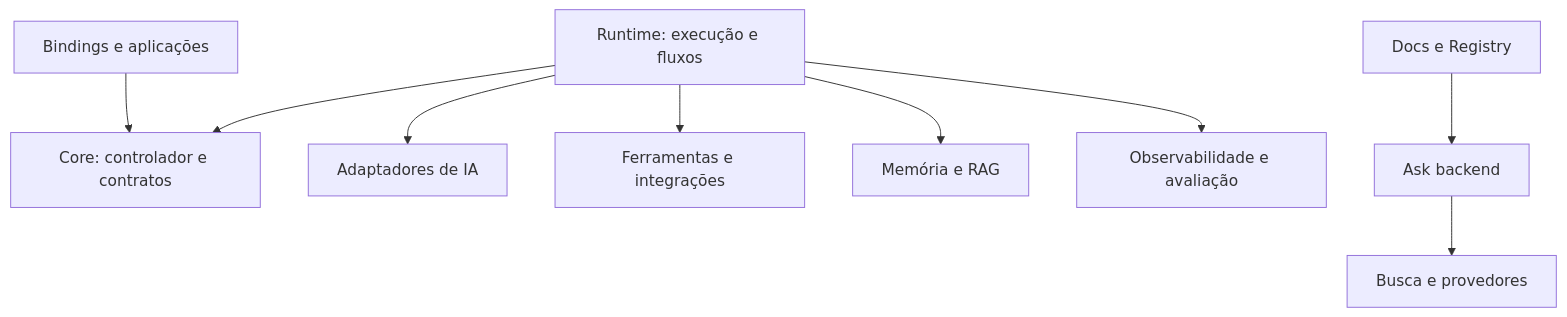
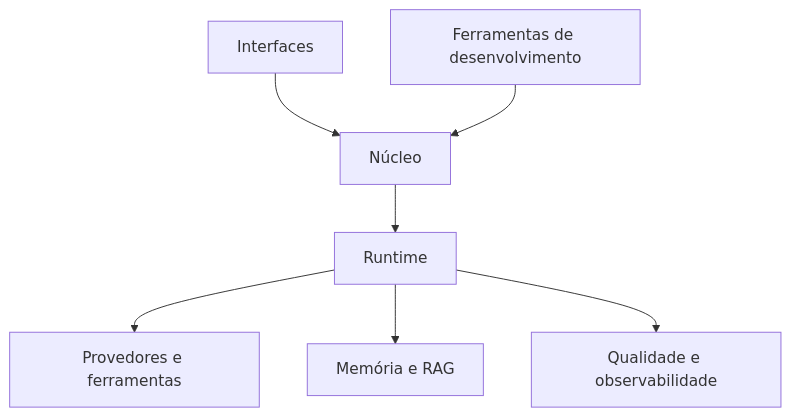
One commit to AgentsKit-io/agentskit changed the diagram in .brain/repos/agentskit/00 Hub - agentskit.md. Above: the diagram before and after it, drawn with Mermaid. The commit also changed other lines of this file and 109 other files, not shown here.

````diff
--- a/.brain/repos/agentskit/00 Hub - agentskit.md
+++ b/.brain/repos/agentskit/00 Hub - agentskit.md
@@ -27,11 +76,9 @@
 ```mermaid
 flowchart TB
-  UI[Bindings e aplicações] --> C[Core: controlador e contratos]
-  R[Runtime: execução e fluxos] --> C
-  R --> A[Adaptadores de IA]
-  R --> T[Ferramentas e integrações]
+  U[Interfaces] --> C[Núcleo]
+  C --> R[Runtime]
+  R --> P[Provedores e ferramentas]
   R --> M[Memória e RAG]
-  R --> O[Observabilidade e avaliação]
-  D[Docs e Registry] --> Q[Ask backend]
-  Q --> P[Busca e provedores]
+  R --> Q[Qualidade e observabilidade]
+  D[Ferramentas de desenvolvimento] --> C
 ```
````
